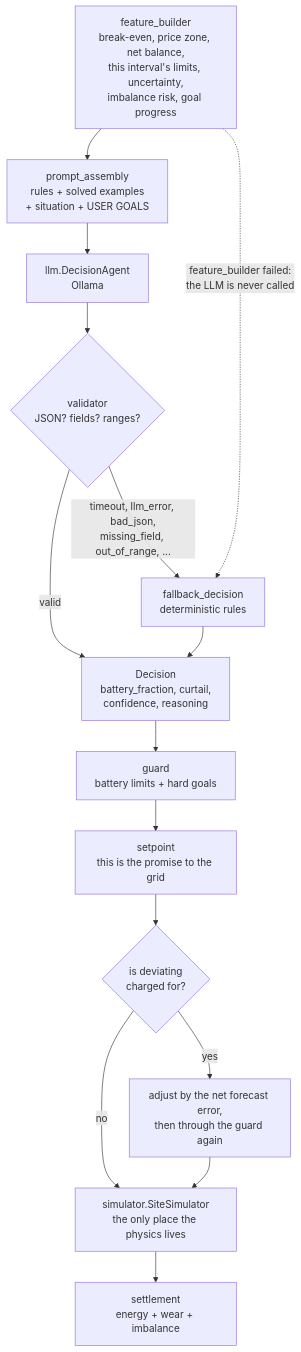
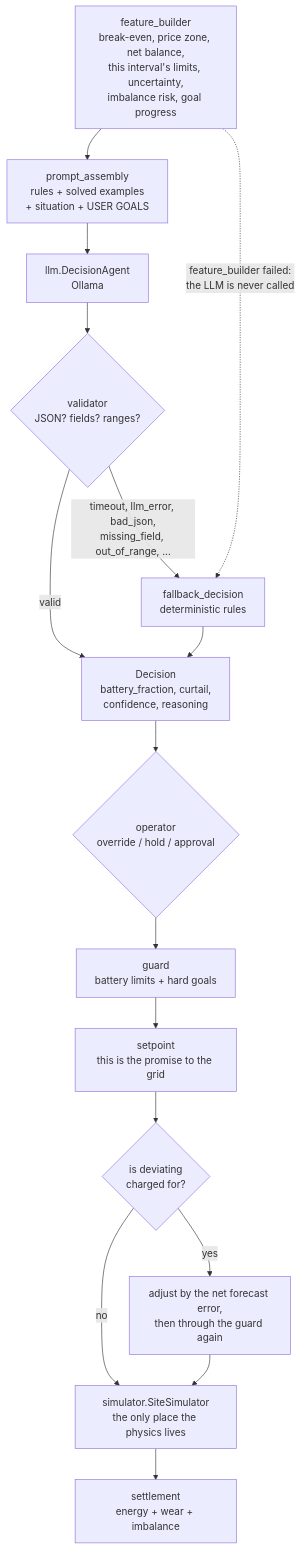
Before and after one commit to TeodorLepadatu/GitRekt-smarthack2026: the second of 4 diagrams in README.md, drawn with Mermaid. The commit also changed other lines of this file, not shown here.

````diff
--- a/README.md
+++ b/README.md
@@ -66,25 +201,26 @@
 ```mermaid
 flowchart TB
     F["feature_builder<br/>break-even, price zone, net balance,<br/>this interval's limits, uncertainty,<br/>imbalance risk, goal progress"]
     P["prompt_assembly<br/>rules + solved examples<br/>+ situation + USER GOALS"]
     L["llm.DecisionAgent<br/>Ollama"]
     V{"validator<br/>JSON? fields? ranges?"}
     FB["fallback_decision<br/>deterministic rules"]
     D["Decision<br/>battery_fraction, curtail,<br/>confidence, reasoning"]
+    A{"operator<br/>override / hold / approval"}
     G["guard<br/>battery limits + hard goals"]
     SP["setpoint<br/>this is the promise to the grid"]
     B{"is deviating<br/>charged for?"}
     BAL["adjust by the net forecast error,<br/>then through the guard again"]
     SIM["simulator.SiteSimulator<br/>the only place the physics lives"]
     SET["settlement<br/>energy + wear + imbalance"]
 
     F --> P --> L --> V
     V -->|"valid"| D
     V -->|"timeout, llm_error, bad_json,<br/>missing_field, out_of_range, ..."| FB
     FB --> D
     F -.->|"feature_builder failed:<br/>the LLM is never called"| FB
-    D --> G --> SP --> B
+    D --> A --> G --> SP --> B
     B -->|"no"| SIM
     B -->|"yes"| BAL --> SIM
     SIM --> SET
 ```
````
